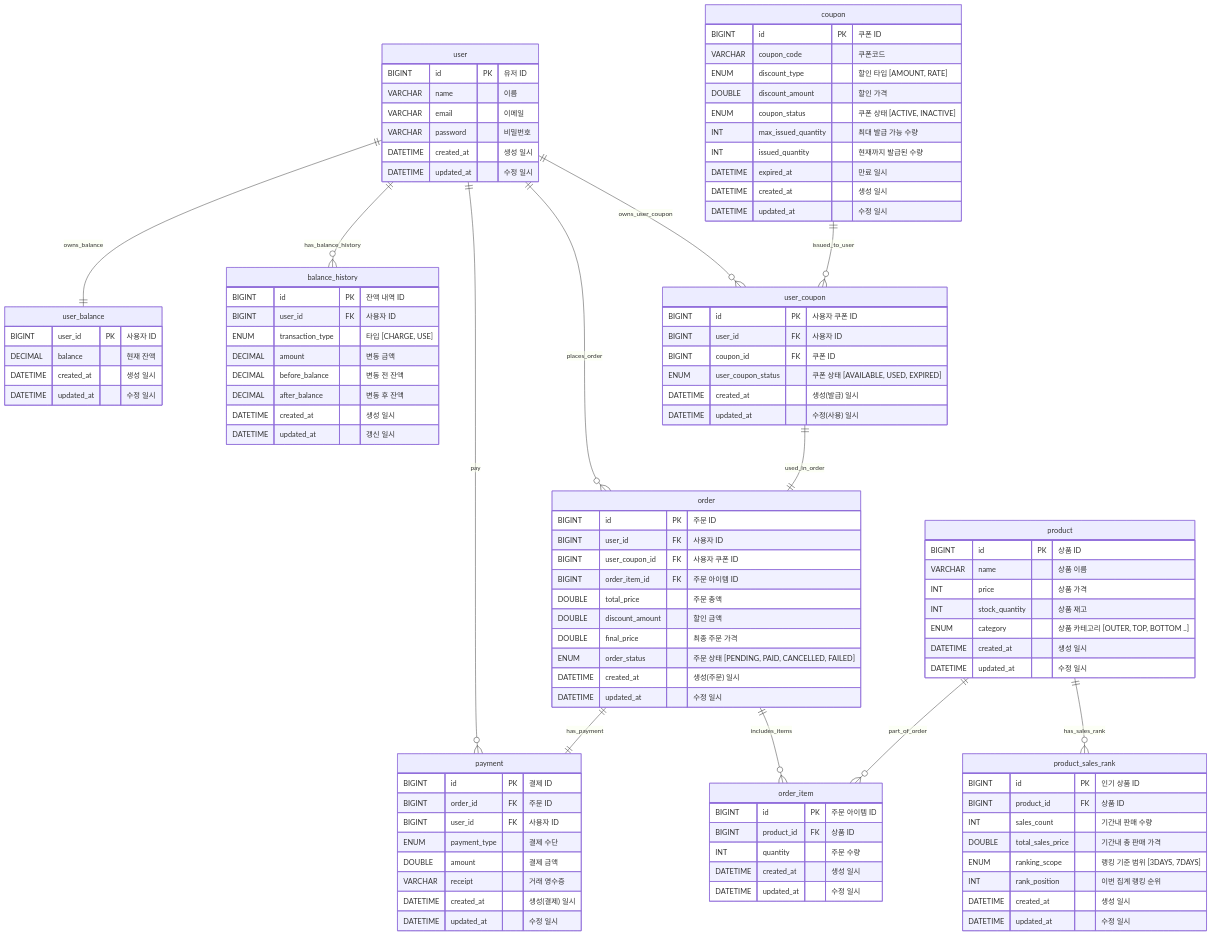
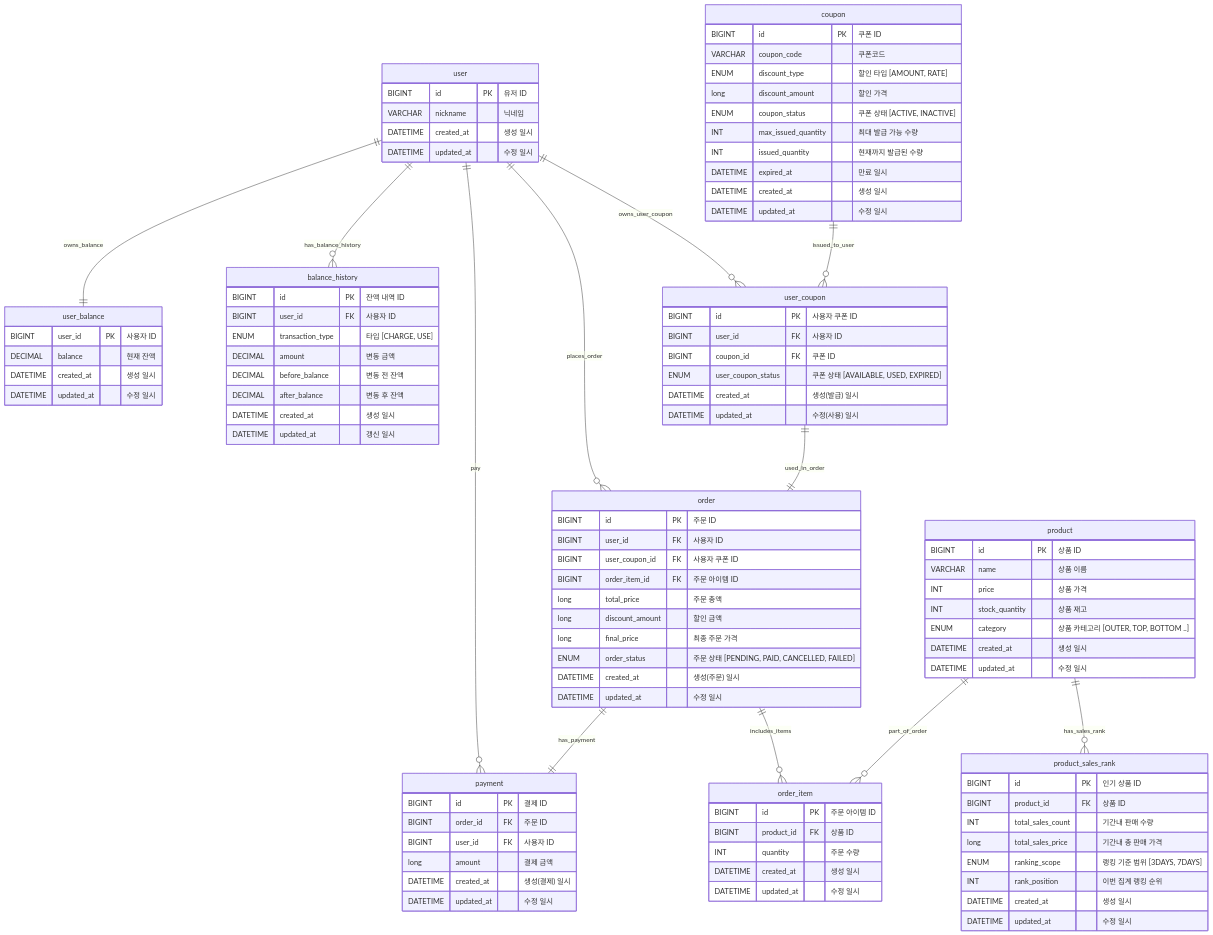
Before and after one commit to leevigong/hhplus-ecommerce: the diagram in docs/ERD.md, drawn with Mermaid.

Commit message:
docs: ERD 변경사항 적용

```diff
--- a/docs/ERD.md
+++ b/docs/ERD.md
@@ -4,9 +4,7 @@
 erDiagram
     user {
         BIGINT id PK "유저 ID"
-        VARCHAR name "이름"
-        VARCHAR email "이메일"
-        VARCHAR password "비밀번호"
+        VARCHAR nickname "닉네임"
         DATETIME created_at "생성 일시"
         DATETIME updated_at "수정 일시"
     }
@@ -42,8 +40,8 @@
     product_sales_rank {
         BIGINT id PK "인기 상품 ID"
         BIGINT product_id FK "상품 ID"
-        INT sales_count "기간내 판매 수량"
-        DOUBLE total_sales_price "기간내 총 판매 가격"
+        INT total_sales_count "기간내 판매 수량"
+        long total_sales_price "기간내 총 판매 가격"
         ENUM ranking_scope "랭킹 기준 범위 [3DAYS, 7DAYS]"
         INT rank_position "이번 집계 랭킹 순위"
         DATETIME created_at "생성 일시"
@@ -55,9 +53,9 @@
         BIGINT user_id FK "사용자 ID"
         BIGINT user_coupon_id FK "사용자 쿠폰 ID"
         BIGINT order_item_id FK "주문 아이템 ID"
-        DOUBLE total_price "주문 총액"
-        DOUBLE discount_amount "할인 금액"
-        DOUBLE final_price "최종 주문 가격"
+        long total_price "주문 총액"
+        long discount_amount "할인 금액"
+        long final_price "최종 주문 가격"
         ENUM order_status "주문 상태 [PENDING, PAID, CANCELLED, FAILED]"
         DATETIME created_at "생성(주문) 일시"
         DATETIME updated_at "수정 일시"
@@ -75,9 +73,7 @@
         BIGINT id PK "결제 ID"
         BIGINT order_id FK "주문 ID"
         BIGINT user_id FK "사용자 ID"
-        ENUM payment_type "결제 수단"
-        DOUBLE amount "결제 금액"
-        VARCHAR receipt "거래 영수증"
+        long amount "결제 금액"
         DATETIME created_at "생성(결제) 일시"
         DATETIME updated_at "수정 일시"
     }
@@ -86,7 +82,7 @@
         BIGINT id PK "쿠폰 ID"
         VARCHAR coupon_code "쿠폰코드"
         ENUM discount_type "할인 타입 [AMOUNT, RATE]"
-        DOUBLE discount_amount "할인 가격"
+        long discount_amount "할인 가격"
         ENUM coupon_status "쿠폰 상태 [ACTIVE, INACTIVE]"
         INT max_issued_quantity "최대 발급 가능 수량"
         INT issued_quantity "현재까지 발급된 수량"
```
